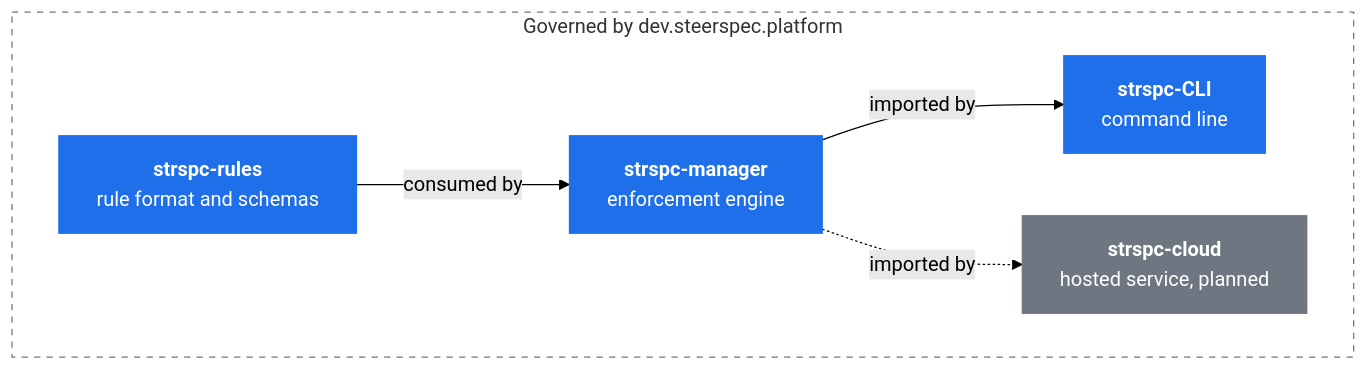
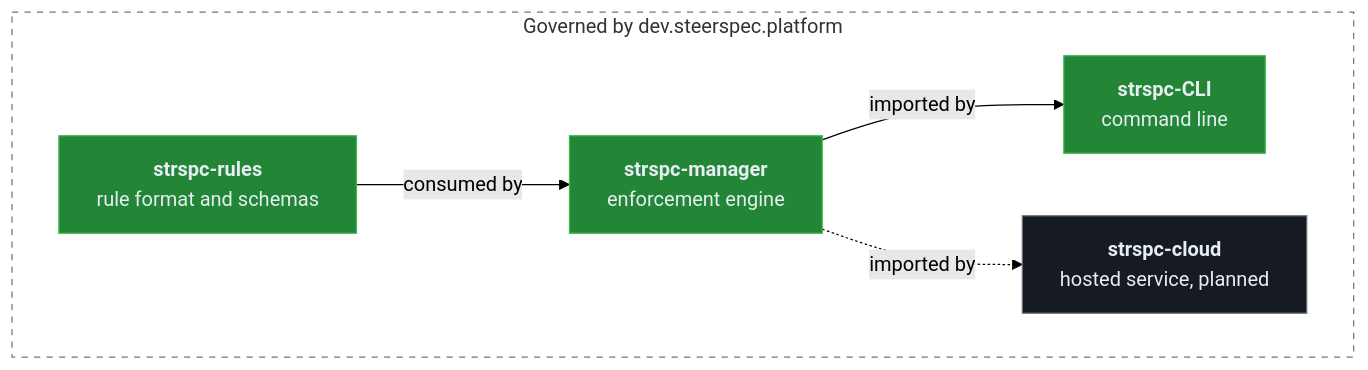
One commit to SteerSpec/strspc-spec changed the first of 2 diagrams in README.md. Above: the diagram before and after it, drawn with Mermaid (forest theme). The commit also changed other lines of this file, not shown here.

````diff
--- a/README.md
+++ b/README.md
@@ -25,20 +49,20 @@
 ```mermaid
 flowchart LR
     subgraph platform["Governed by dev.steerspec.platform"]
         direction LR
         R["<b>strspc-rules</b><br/>rule format and schemas"]
         M["<b>strspc-manager</b><br/>enforcement engine"]
         C["<b>strspc-CLI</b><br/>command line"]
         K["<b>strspc-cloud</b><br/>hosted service, planned"]
 
         R -->|consumed by| M
         M -->|imported by| C
         M -.->|imported by| K
     end
 
-    classDef shipped fill:#1f6feb,stroke:#1f6feb,color:#ffffff
-    classDef planned fill:#6e7781,stroke:#6e7781,color:#ffffff
+    classDef shipped fill:#238636,stroke:#3FB950,color:#E6EDF3
+    classDef planned fill:#161B22,stroke:#6E7681,color:#E6EDF3
     class R,M,C shipped
     class K planned
-    style platform fill:transparent,stroke:#6e7781,stroke-dasharray:5 5
+    style platform fill:transparent,stroke:#6E7681,stroke-dasharray:5 5
 ```
````
